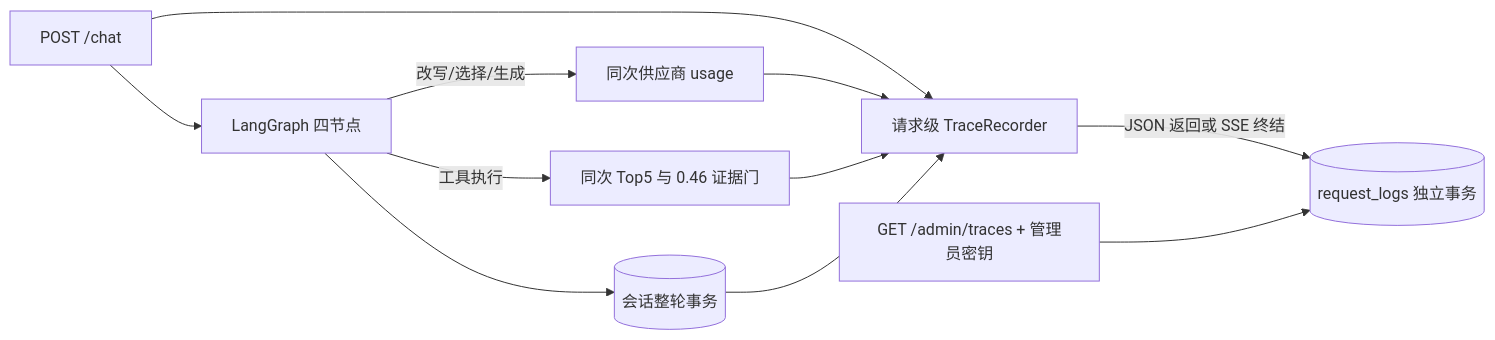
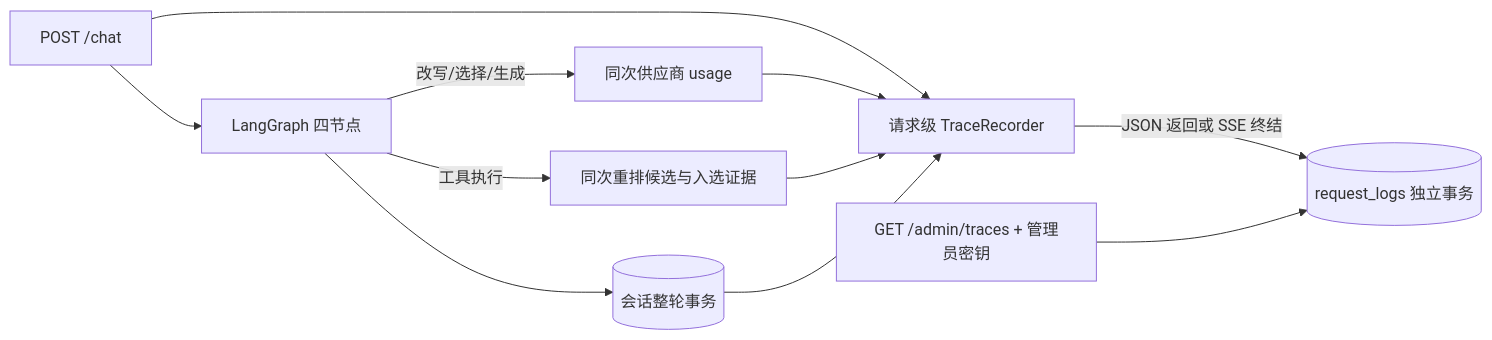
The second of 5 diagrams in docs/architecture.md (itysrw/rag-agent), drawn with Mermaid before and after one commit. The commit also changed other lines of this file and 5 other files, not shown here.

```diff
--- a/docs/architecture.md
+++ b/docs/architecture.md
@@ -5,13 +32,13 @@
 ~~~mermaid
 flowchart LR
     Chat[POST /chat] --> Trace[请求级 TraceRecorder]
     Chat --> Graph[LangGraph 四节点]
     Graph -->|改写/选择/生成| Usage[同次供应商 usage]
-    Graph -->|工具执行| Candidates[同次 Top5 与 0.46 证据门]
+    Graph -->|工具执行| Candidates[同次重排候选与入选证据]
     Graph --> Memory[(会话整轮事务)]
     Usage --> Trace
     Candidates --> Trace
     Memory --> Trace
     Trace -->|JSON 返回或 SSE 终结| Logs[(request_logs 独立事务)]
     Admin[GET /admin/traces + 管理员密钥] --> Logs
 ~~~
```
